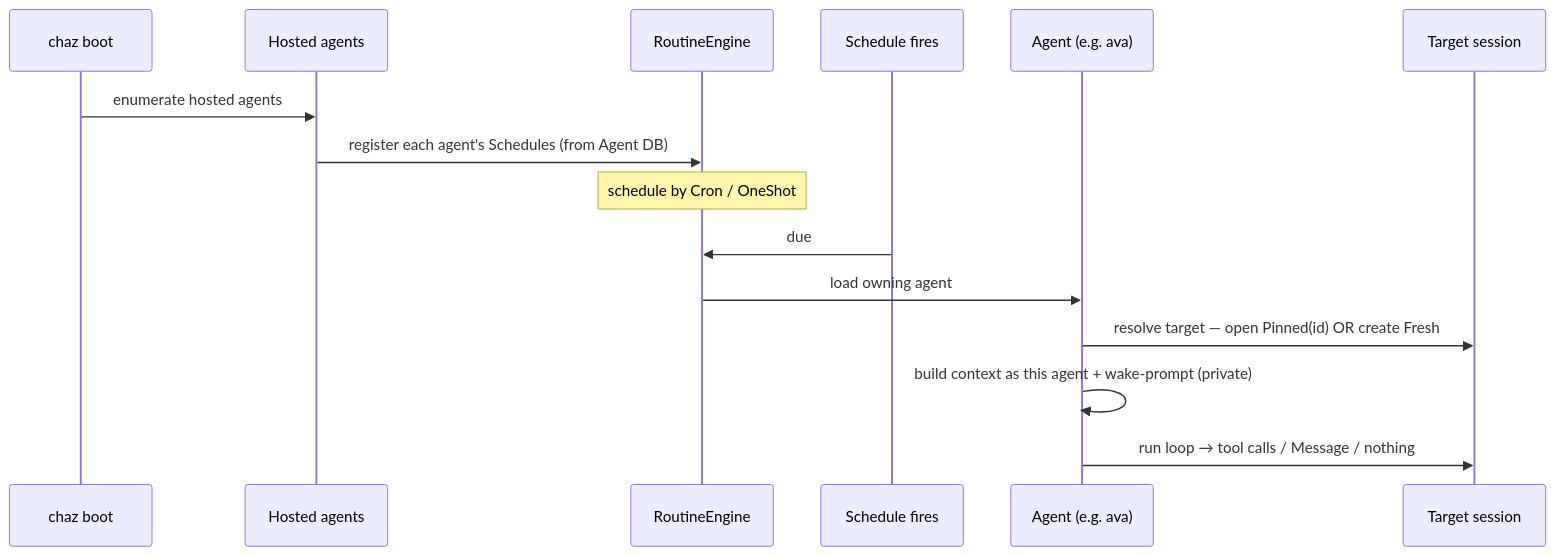
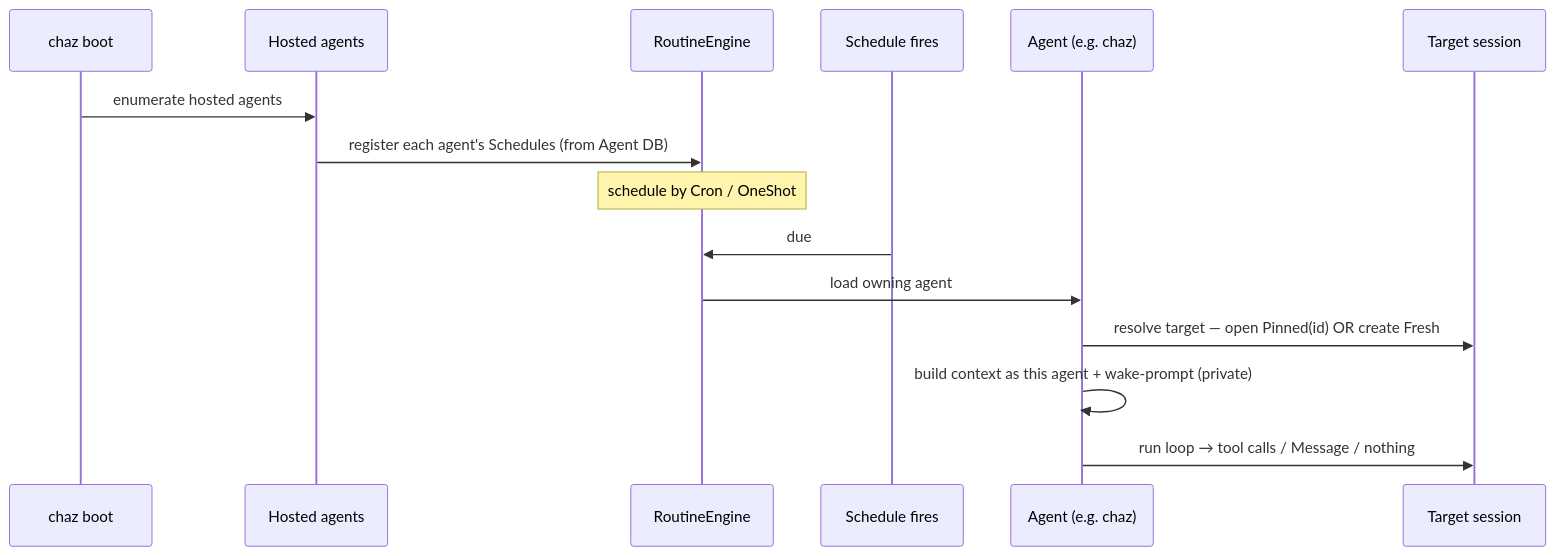
Before and after one commit to arcuru/chaz: the diagram in docs/src/design/agent_schedules.md, drawn with Mermaid. The commit also changed other lines of this file and 30 other files, not shown here.

First line of the commit message:
docs: standardize on chaz as the example agent name

````diff
--- a/docs/src/design/agent_schedules.md
+++ b/docs/src/design/agent_schedules.md
@@ -111,18 +111,18 @@
 ```mermaid
 sequenceDiagram
     participant B as chaz boot
     participant AX as Hosted agents
     participant E as RoutineEngine
     participant T as Schedule fires
-    participant AG as Agent (e.g. ava)
+    participant AG as Agent (e.g. chaz)
     participant S as Target session
 
     B->>AX: enumerate hosted agents
     AX->>E: register each agent's Schedules (from Agent DB)
     Note over E: schedule by Cron / OneShot
     T->>E: due
     E->>AG: load owning agent
     AG->>S: resolve target — open Pinned(id) OR create Fresh
     AG->>AG: build context as this agent + wake-prompt (private)
     AG->>S: run loop → tool calls / Message / nothing
 ```
````
